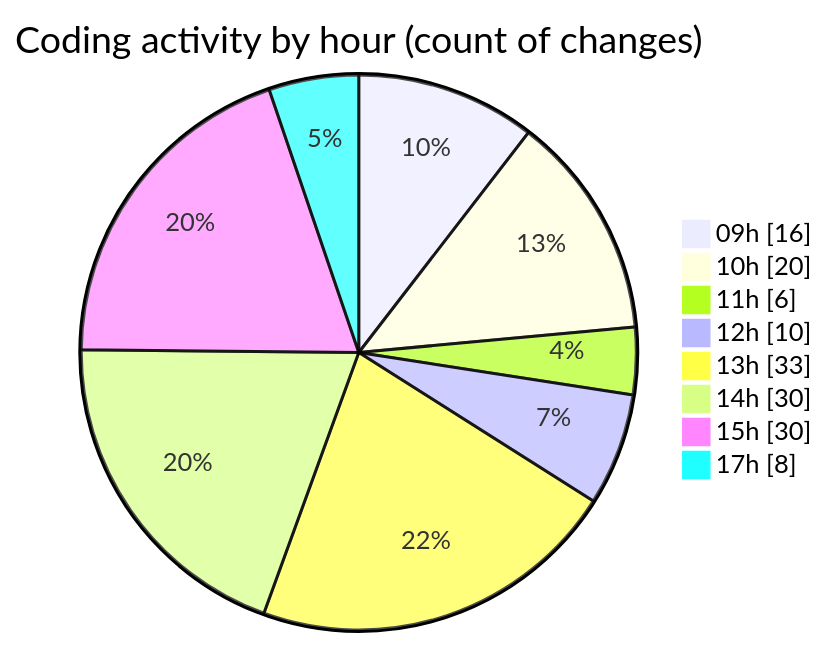
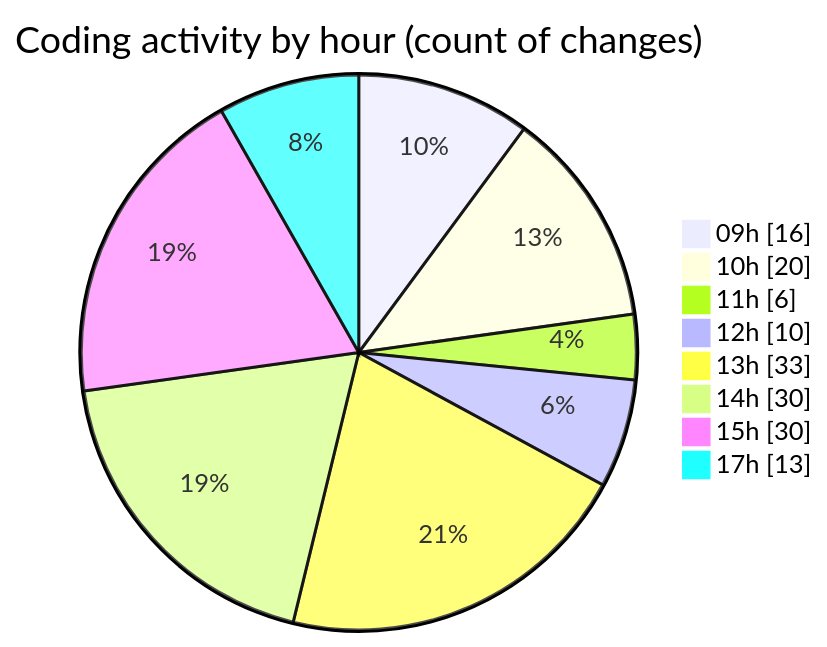
The second of 2 diagrams in 2025-05-16/cda/README.md (momahboobian/code-tracking), drawn with Mermaid before and after one commit. The commit also changed other lines of this file and 1 other file, not shown here.

````diff
--- a/2025-05-16/cda/README.md
+++ b/2025-05-16/cda/README.md
@@ -61,12 +61,12 @@
 ```mermaid
 pie showData
 title Coding activity by hour (count of changes)
 "09h" : 16
 "10h" : 20
 "11h" : 6
 "12h" : 10
 "13h" : 33
 "14h" : 30
 "15h" : 30
-"17h" : 8
+"17h" : 13
 ```
````
